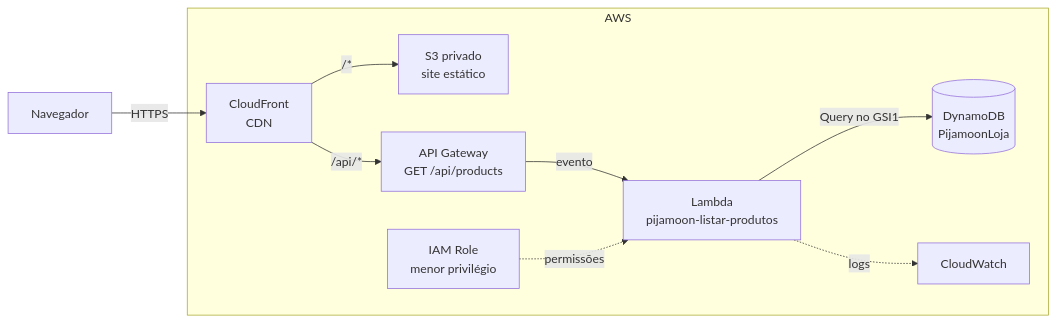
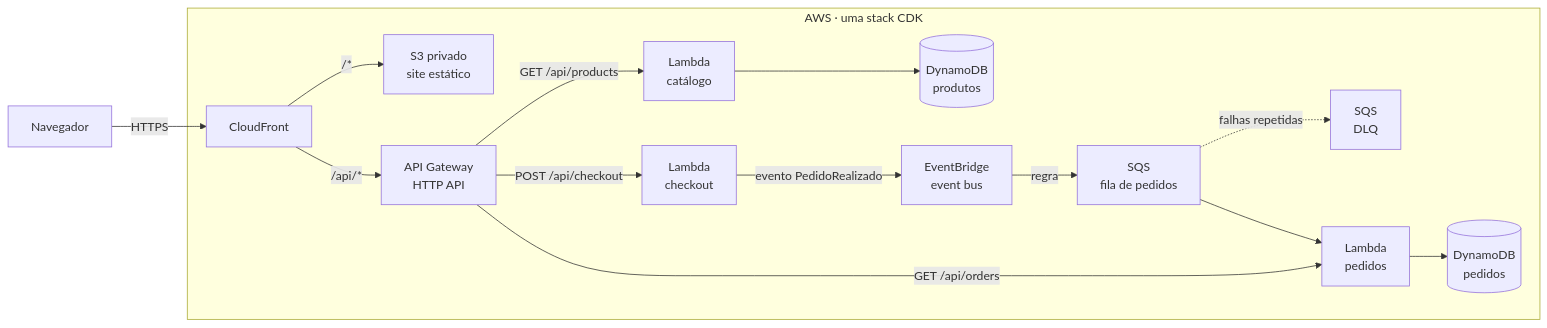
The diagram in README.md (gamaral203/Pijamoon-Bootcamp), drawn with Mermaid before and after one commit. The commit also changed other lines of this file and 46 other files, not shown here.

````diff
--- a/README.md
+++ b/README.md
@@ -29,13 +16,21 @@
 ```mermaid
 flowchart LR
-    Navegador["Navegador"] -->|HTTPS| CloudFront["CloudFront<br/>CDN"]
+    Navegador["Navegador"] -->|HTTPS| CloudFront["CloudFront"]
 
-    subgraph AWS["AWS"]
+    subgraph AWS["AWS · uma stack CDK"]
         CloudFront -->|"/*"| S3["S3 privado<br/>site estático"]
-        CloudFront -->|"/api/*"| APIGateway["API Gateway<br/>GET /api/products"]
-        APIGateway -->|evento| Lambda["Lambda<br/>pijamoon-listar-produtos"]
-        Lambda -->|"Query no GSI1"| DynamoDB[("DynamoDB<br/>PijamoonLoja")]
-        Lambda -.->|logs| CloudWatch["CloudWatch"]
-        IAM["IAM Role<br/>menor privilégio"] -.->|permissões| Lambda
+        CloudFront -->|"/api/*"| API["API Gateway<br/>HTTP API"]
+
+        API -->|"GET /api/products"| Catalogo["Lambda<br/>catálogo"]
+        Catalogo --> TabelaProdutos[("DynamoDB<br/>produtos")]
+
+        API -->|"POST /api/checkout"| Checkout["Lambda<br/>checkout"]
+        Checkout -->|"evento PedidoRealizado"| Bus["EventBridge<br/>event bus"]
+        Bus -->|regra| Fila["SQS<br/>fila de pedidos"]
+        Fila -.->|"falhas repetidas"| DLQ["SQS<br/>DLQ"]
+        Fila --> Pedidos["Lambda<br/>pedidos"]
+        Pedidos --> TabelaPedidos[("DynamoDB<br/>pedidos")]
+
+        API -->|"GET /api/orders"| Pedidos
     end
 ```
````
